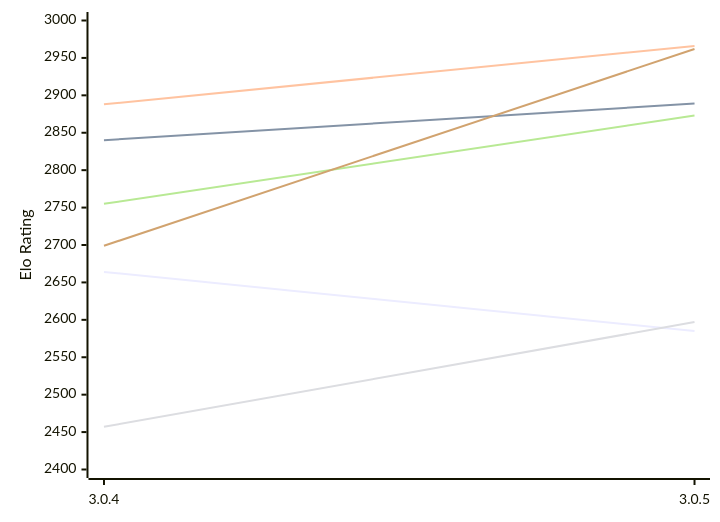
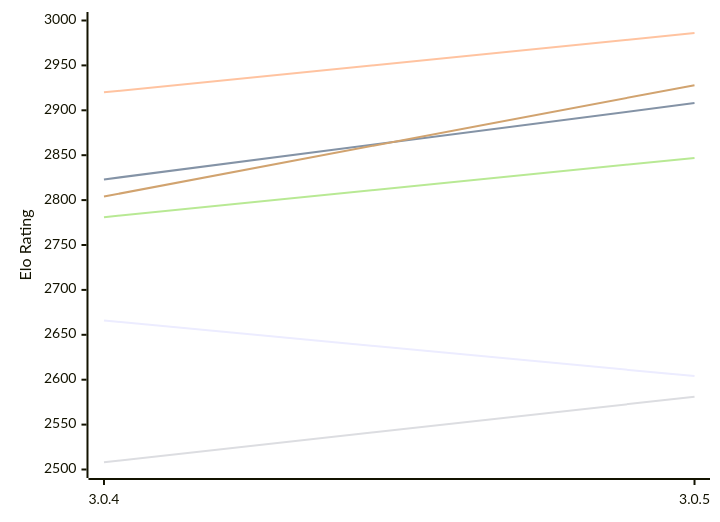
The first of 2 diagrams in engines/Rudim.md (computer-chess-index/cci), drawn with Mermaid before and after one commit. The commit also changed other lines of this file, not shown here.

Commit message:
Update CCI Ratings (ELO VLTC) - 2026-11-14

````diff
--- a/engines/Rudim.md
+++ b/engines/Rudim.md
@@ -59,12 +59,12 @@
 ```mermaid
 %%{init: {"theme":"base","themeVariables":{"seriesColors:['#a3a3a3','#222221','#faa371']}}}%%
 xychart-beta
   x-axis ["3.0.4", "3.0.5"]
-  y-axis "Elo Rating" 2400 --> 3000
-  line "E1: STC (8.0+0.08s)" [2664, 2585]
-  line "E1: LTC (60.0+0.60s)" [2840, 2889]
-  line "E1: VLTC (2m24s+1.12s)" [2888, 2966]
-  line "P1: STC (8.0+0.08s)" [2457, 2597]
-  line "P1: LTC (60.0+0.60s)" [2755, 2873]
-  line "P1: VLTC (2m24s+1.12s)" [2699, 2962]
+  y-axis "Elo Rating" 2500 --> 3000
+  line "E1: STC (8.0+0.08s)" [2666, 2604]
+  line "E1: LTC (60.0+0.60s)" [2823, 2908]
+  line "E1: VLTC (2m24s+1.12s)" [2920, 2986]
+  line "P1: STC (8.0+0.08s)" [2508, 2581]
+  line "P1: LTC (60.0+0.60s)" [2781, 2847]
+  line "P1: VLTC (2m24s+1.12s)" [2804, 2928]
 ```
````
